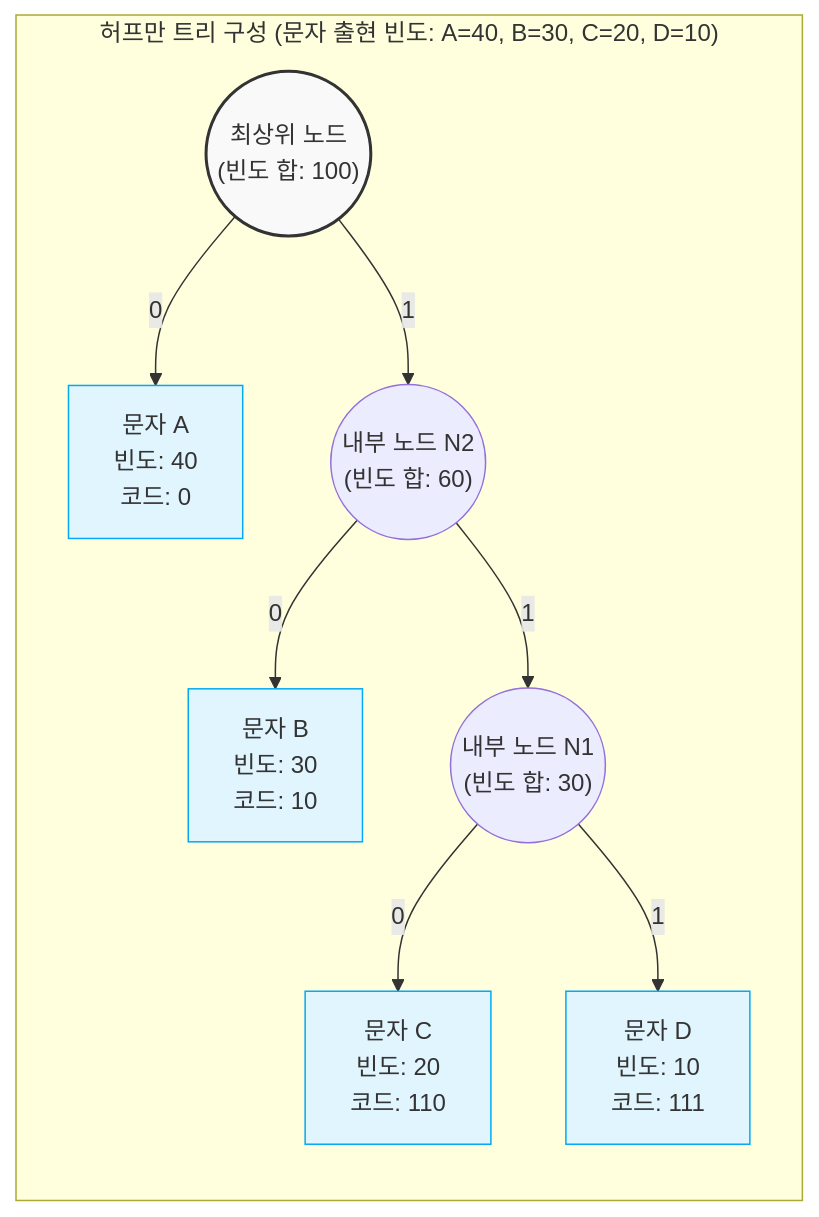
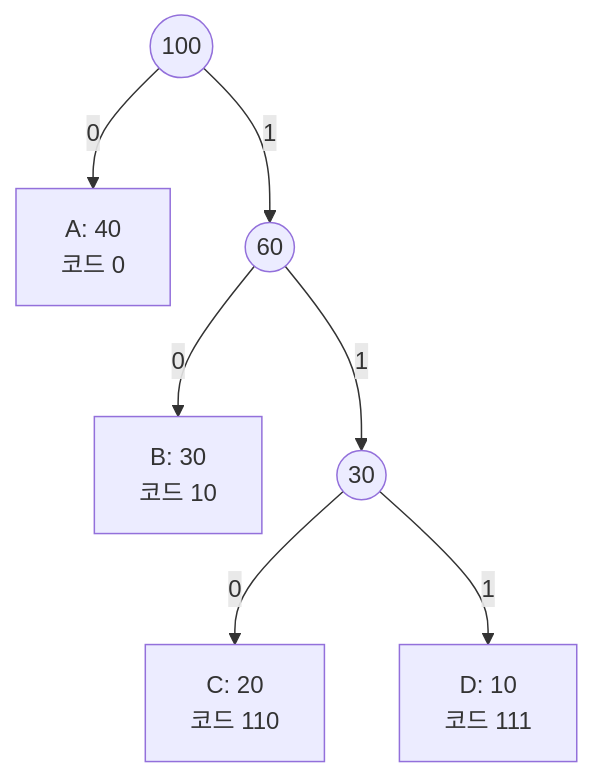
One commit to supremethumb/supremethumb.github.io changed the diagram in content/01_IT Tech/허프만 코딩.md. Above: the diagram before and after it, drawn with Mermaid. The commit also changed other lines of this file and 1087 other files, not shown here.

````diff
--- a/content/01_IT Tech/허프만 코딩.md
+++ b/content/01_IT Tech/허프만 코딩.md
@@ -27,30 +35,9 @@
 ```mermaid
 flowchart TD
-    subgraph "허프만 트리 구성 (문자 출현 빈도: A=40, B=30, C=20, D=10)"
-        direction TB
-        
-        Root(("최상위 노드<br/>(빈도 합: 100)"))
-        
-        N2(("내부 노드 N2<br/>(빈도 합: 60)"))
-        N1(("내부 노드 N1<br/>(빈도 합: 30)"))
-        
-        A["문자 A<br/>빈도: 40<br/>코드: 0"]
-        B["문자 B<br/>빈도: 30<br/>코드: 10"]
-        C["문자 C<br/>빈도: 20<br/>코드: 110"]
-        D["문자 D<br/>빈도: 10<br/>코드: 111"]
-
-        Root -- "0" --> A
-        Root -- "1" --> N2
-        N2 -- "0" --> B
-        N2 -- "1" --> N1
-        N1 -- "0" --> C
-        N1 -- "1" --> D
-    end
-    
-    style Root fill:#f9f9f9,stroke:#333,stroke-width:2px
-    style A fill:#e1f5fe,stroke:#03a9f4
-    style B fill:#e1f5fe,stroke:#03a9f4
-    style C fill:#e1f5fe,stroke:#03a9f4
-    style D fill:#e1f5fe,stroke:#03a9f4
-
+    R(("100")) -- "0" --> A["A: 40<br/>코드 0"]
+    R -- "1" --> N2(("60"))
+    N2 -- "0" --> B["B: 30<br/>코드 10"]
+    N2 -- "1" --> N1(("30"))
+    N1 -- "0" --> C["C: 20<br/>코드 110"]
+    N1 -- "1" --> D["D: 10<br/>코드 111"]
 ```
````
